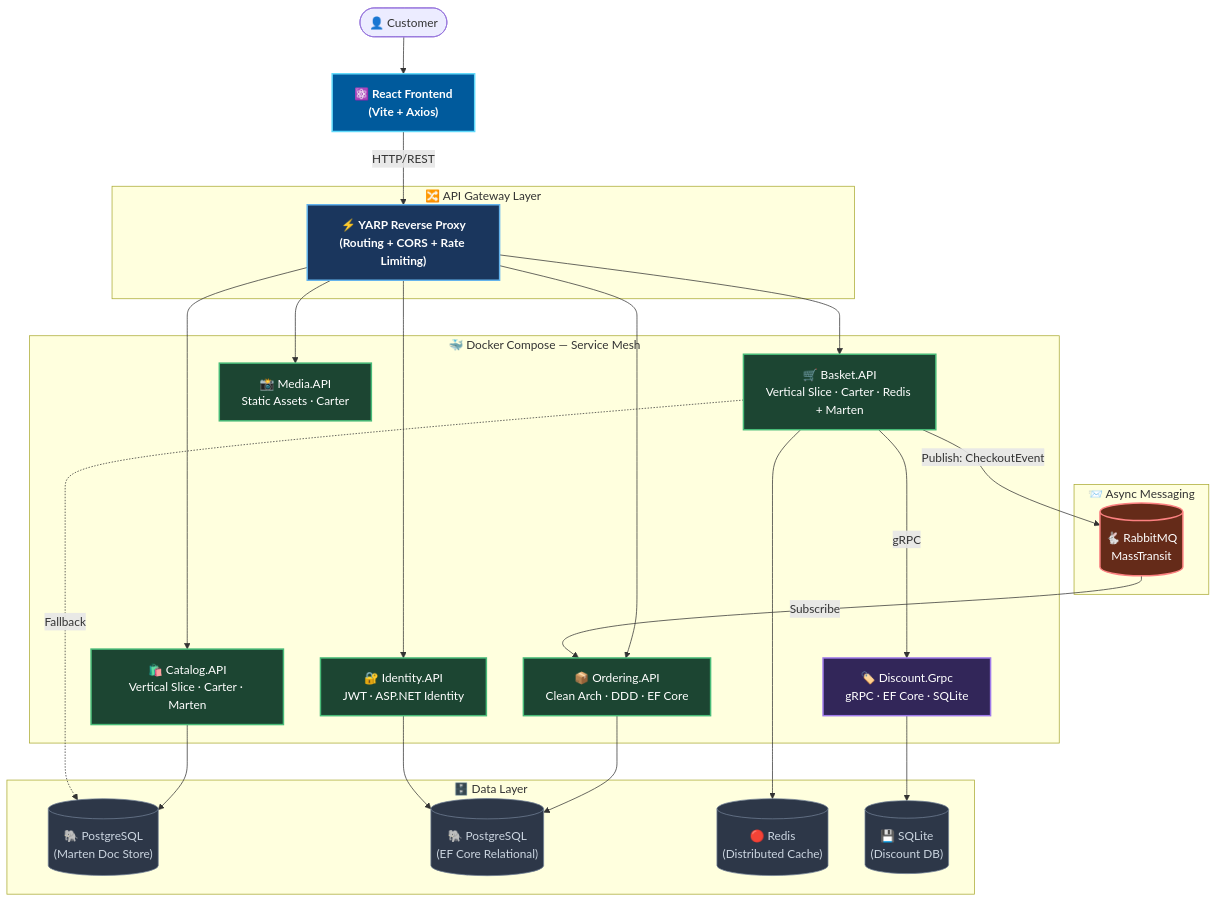
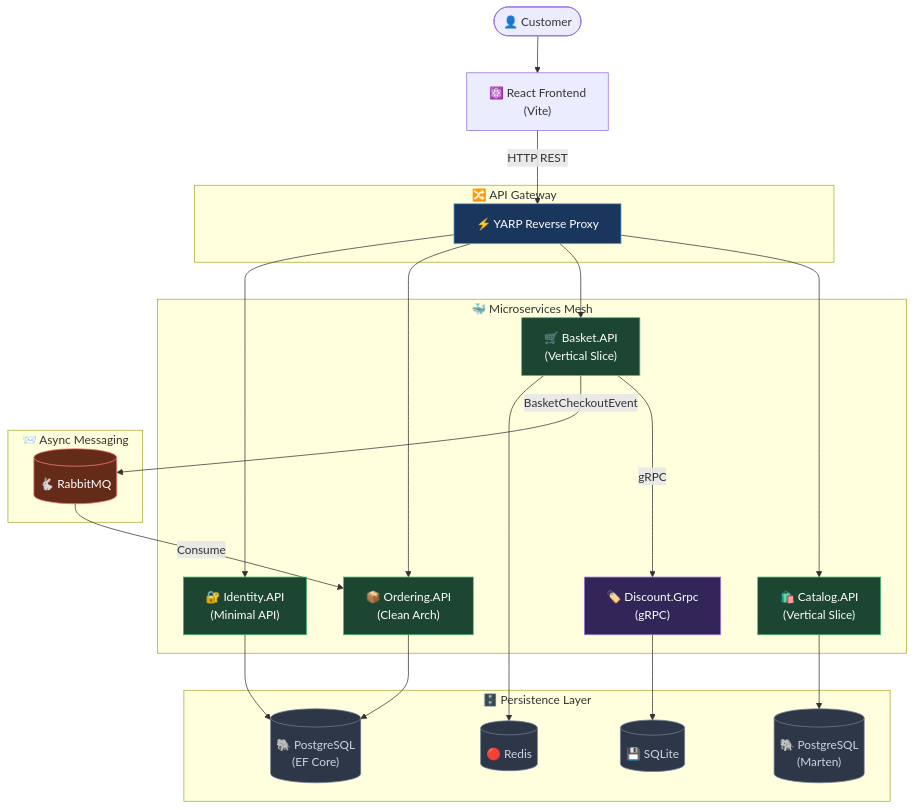
One commit to AhmedAbdo1612/ECommerce-DDD-Microservices changed the diagram in README.md. Above: the diagram before and after it, drawn with Mermaid. The commit also changed other lines of this file, not shown here.

Commit message:
docs: modernize and rewrite README with architecture diagrams and API specs

````diff
--- a/README.md
+++ b/README.md
@@ -37,58 +63,54 @@
 ```mermaid
 graph TB
     User(["👤 Customer"])
-    WebApp["⚛️ React Frontend\n(Vite + Axios)"]
+    WebApp["⚛️ React Frontend\n(Vite)"]
 
-    subgraph Gateway["🔀 API Gateway Layer"]
-        YARP["⚡ YARP Reverse Proxy\n(Routing + CORS + Rate Limiting)"]
+    subgraph Gateway["🔀 API Gateway"]
+        YARP["⚡ YARP Reverse Proxy"]
     end
 
-    subgraph Services["🐳 Docker Compose — Service Mesh"]
-        CatalogAPI["🛍️ Catalog.API\nVertical Slice · Carter · Marten"]
-        BasketAPI["🛒 Basket.API\nVertical Slice · Carter · Redis + Marten"]
-        OrderingAPI["📦 Ordering.API\nClean Arch · DDD · EF Core"]
-        IdentityAPI["🔐 Identity.API\nJWT · ASP.NET Identity"]
-        MediaAPI["📸 Media.API\nStatic Assets · Carter"]
-        DiscountGrpc["🏷️ Discount.Grpc\ngRPC · EF Core · SQLite"]
+    subgraph Services["🐳 Microservices Mesh"]
+        CatalogAPI["🛍️ Catalog.API\n(Vertical Slice)"]
+        BasketAPI["🛒 Basket.API\n(Vertical Slice)"]
+        OrderingAPI["📦 Ordering.API\n(Clean Arch)"]
+        IdentityAPI["🔐 Identity.API\n(Minimal API)"]
+        DiscountGrpc["🏷️ Discount.Grpc\n(gRPC)"]
     end
 
     subgraph Messaging["📨 Async Messaging"]
-        RabbitMQ[("🐇 RabbitMQ\nMassTransit")]
+        RabbitMQ[("🐇 RabbitMQ")]
     end
 
-    subgraph Datastores["🗄️ Data Layer"]
-        PG_Catalog[("🐘 PostgreSQL\n(Marten Doc Store)")]
-        PG_Order[("🐘 PostgreSQL\n(EF Core Relational)")]
-        Redis[("🔴 Redis\n(Distributed Cache)")]
-        SQLite[("💾 SQLite\n(Discount DB)")]
+    subgraph Databases["🗄️ Persistence Layer"]
+        PG_Doc[("🐘 PostgreSQL\n(Marten)")]
+        PG_Rel[("🐘 PostgreSQL\n(EF Core)")]
+        Redis[("🔴 Redis")]
+        SQLite[("💾 SQLite")]
     end
 
     User --> WebApp
-    WebApp -->|"HTTP/REST"| YARP
-    YARP --> CatalogAPI & BasketAPI & OrderingAPI & IdentityAPI & MediaAPI
-
+    WebApp -->|"HTTP REST"| YARP
+    YARP --> CatalogAPI & BasketAPI & OrderingAPI & IdentityAPI
+    
     BasketAPI -->|"gRPC"| DiscountGrpc
-    BasketAPI -->|"Publish: CheckoutEvent"| RabbitMQ
-    RabbitMQ -->|"Subscribe"| OrderingAPI
-
-    CatalogAPI --> PG_Catalog
+    BasketAPI -->|"BasketCheckoutEvent"| RabbitMQ
+    RabbitMQ -->|"Consume"| OrderingAPI
+    
+    CatalogAPI --> PG_Doc
     BasketAPI --> Redis
-    BasketAPI -.->|"Fallback"| PG_Catalog
-    OrderingAPI --> PG_Order
-    IdentityAPI --> PG_Order
+    OrderingAPI --> PG_Rel
+    IdentityAPI --> PG_Rel
     DiscountGrpc --> SQLite
 
-    classDef gateway fill:#1A365D,stroke:#63B3ED,stroke-width:2px,color:#fff,font-weight:bold
-    classDef service fill:#1C4532,stroke:#48BB78,stroke-width:2px,color:#fff
-    classDef grpc fill:#322659,stroke:#9F7AEA,stroke-width:2px,color:#fff
-    classDef data fill:#2D3748,stroke:#718096,stroke-width:1px,color:#CBD5E0
-    classDef mq fill:#652B19,stroke:#FC8181,stroke-width:2px,color:#fff
-    classDef frontend fill:#005A9C,stroke:#61DAFB,stroke-width:2px,color:#fff,font-weight:bold
-
-    class WebApp frontend
+    classDef gateway fill:#1A365D,stroke:#63B3ED,color:#fff
+    classDef service fill:#1C4532,stroke:#48BB78,color:#fff
+    classDef grpc fill:#322659,stroke:#9F7AEA,color:#fff
+    classDef data fill:#2D3748,stroke:#718096,color:#CBD5E0
+    classDef mq fill:#652B19,stroke:#FC8181,color:#fff
+    
     class YARP gateway
-    class CatalogAPI,BasketAPI,OrderingAPI,IdentityAPI,MediaAPI service
+    class CatalogAPI,BasketAPI,OrderingAPI,IdentityAPI service
     class DiscountGrpc grpc
-    class PG_Catalog,PG_Order,Redis,SQLite data
+    class PG_Doc,PG_Rel,Redis,SQLite data
     class RabbitMQ mq
 ```
````
